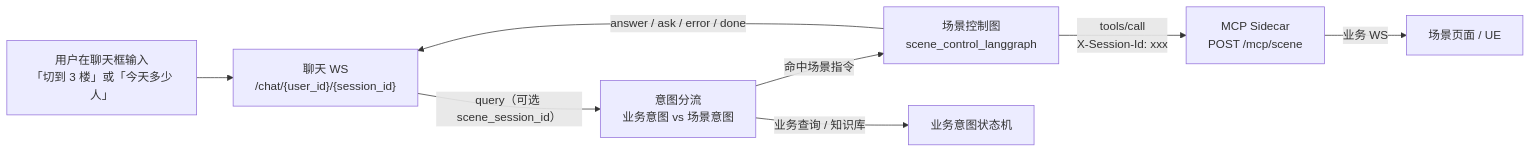
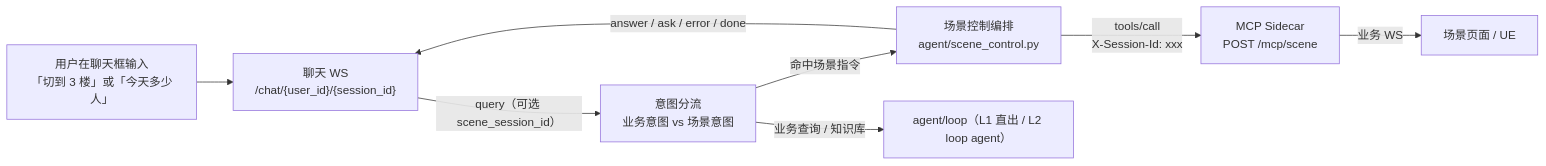
One commit to qingyanjiu/agentic-app changed the diagram in docs/UE场景控制接入说明.md. Above: the diagram before and after it, drawn with Mermaid. The commit also changed other lines of this file and 23 other files, not shown here.

````diff
--- a/docs/UE场景控制接入说明.md
+++ b/docs/UE场景控制接入说明.md
@@ -14,10 +15,10 @@
 ```mermaid
 flowchart LR
     U["用户在聊天框输入<br/>「切到 3 楼」或「今天多少人」"] --> C["聊天 WS<br/>/chat/{user_id}/{session_id}"]
     C -->|"query（可选 scene_session_id）"| R["意图分流<br/>业务意图 vs 场景意图"]
-    R -->|"命中场景指令"| G["场景控制图<br/>scene_control_langgraph"]
-    R -->|"业务查询 / 知识库"| B["业务意图状态机"]
+    R -->|"命中场景指令"| G["场景控制编排<br/>agent/scene_control.py"]
+    R -->|"业务查询 / 知识库"| B["agent/loop（L1 直出 / L2 loop agent）"]
     G -->|"tools/call<br/>X-Session-Id: xxx"| M["MCP Sidecar<br/>POST /mcp/scene"]
     M -->|"业务 WS"| P["场景页面 / UE"]
     G -->|"answer / ask / error / done"| C
 ```
````
